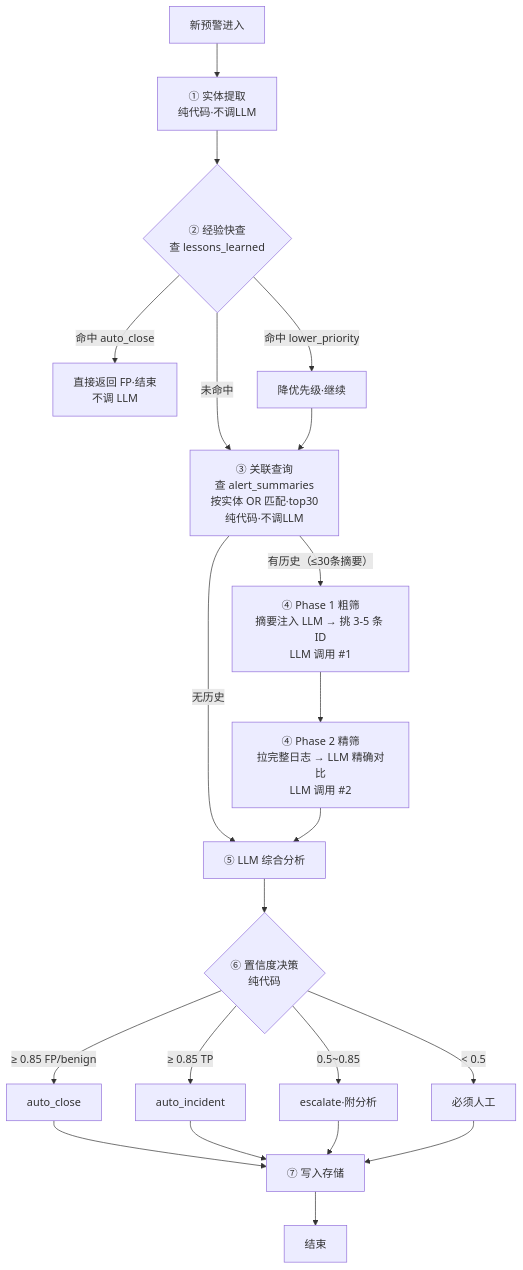
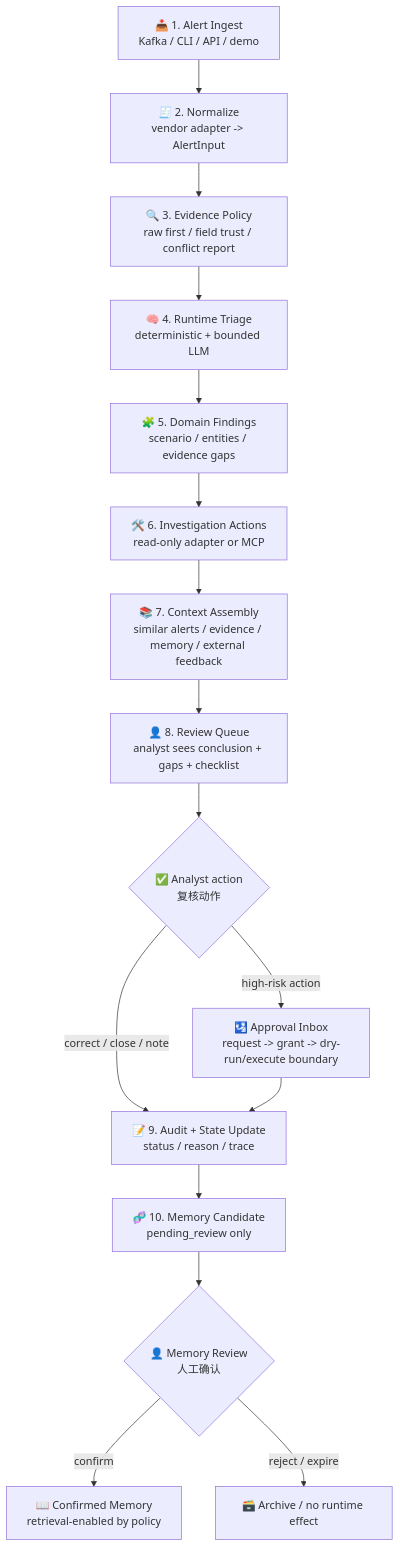
One commit to yydspanda/deer-flow changed the third of 10 diagrams in .notes/ai_soc/soc-agent-solution.md. Above: the diagram before and after it, drawn with Mermaid. The commit also changed other lines of this file and 23 other files, not shown here.

````diff
--- a/.notes/ai_soc/soc-agent-solution.md
+++ b/.notes/ai_soc/soc-agent-solution.md
@@ -783,29 +193,18 @@
 ```mermaid
 flowchart TD
-    START["新预警进入"] --> STEP1["① 实体提取<br/>纯代码·不调LLM"]
-
-    STEP1 --> STEP2{"② 经验快查<br/>查 lessons_learned"}
-    STEP2 -->|"命中 auto_close"| SKIP["直接返回 FP·结束<br/>不调 LLM"]
-    STEP2 -->|"命中 lower_priority"| LOWER["降优先级·继续"]
-    STEP2 -->|"未命中"| STEP3
-
-    LOWER --> STEP3["③ 关联查询<br/>查 alert_summaries<br/>按实体 OR 匹配·top30<br/>纯代码·不调LLM"]
-
-    STEP3 -->|"无历史"| STEP5["⑤ LLM 综合分析"]
-    STEP3 -->|"有历史（≤30条摘要）"| STEP4A["④ Phase 1 粗筛<br/>摘要注入 LLM → 挑 3-5 条 ID<br/>LLM 调用 #1"]
-
-    STEP4A --> STEP4B["④ Phase 2 精筛<br/>拉完整日志 → LLM 精确对比<br/>LLM 调用 #2"]
-    STEP4B --> STEP5
-
-    STEP5 --> STEP6{"⑥ 置信度决策<br/>纯代码"}
-    STEP6 -->|"≥ 0.85 FP/benign"| CLOSE["auto_close"]
-    STEP6 -->|"≥ 0.85 TP"| INCIDENT["auto_incident"]
-    STEP6 -->|"0.5~0.85"| ESCALATE["escalate·附分析"]
-    STEP6 -->|"< 0.5"| HUMAN["必须人工"]
-
-    CLOSE --> STEP7["⑦ 写入存储"]
-    INCIDENT --> STEP7
-    ESCALATE --> STEP7
-    HUMAN --> STEP7
-    STEP7 --> END["结束"]
+    A["📥 1. Alert Ingest<br/>Kafka / CLI / API / demo"] --> B["🧾 2. Normalize<br/>vendor adapter -> AlertInput"]
+    B --> C["🔍 3. Evidence Policy<br/>raw first / field trust / conflict report"]
+    C --> D["🧠 4. Runtime Triage<br/>deterministic + bounded LLM"]
+    D --> E["🧩 5. Domain Findings<br/>scenario / entities / evidence gaps"]
+    E --> F["🛠️ 6. Investigation Actions<br/>read-only adapter or MCP"]
+    F --> G["📚 7. Context Assembly<br/>similar alerts / evidence / memory / external feedback"]
+    G --> H["👤 8. Review Queue<br/>analyst sees conclusion + gaps + checklist"]
+    H --> I{"✅ Analyst action<br/>复核动作"}
+    I -->|"correct / close / note"| J["📝 9. Audit + State Update<br/>status / reason / trace"]
+    I -->|"high-risk action"| K["🛂 Approval Inbox<br/>request -> grant -> dry-run/execute boundary"]
+    J --> L["🧬 10. Memory Candidate<br/>pending_review only"]
+    K --> J
+    L --> M{"👤 Memory Review<br/>人工确认"}
+    M -->|"confirm"| N["📖 Confirmed Memory<br/>retrieval-enabled by policy"]
+    M -->|"reject / expire"| O["🗃️ Archive / no runtime effect"]
 ```
````
